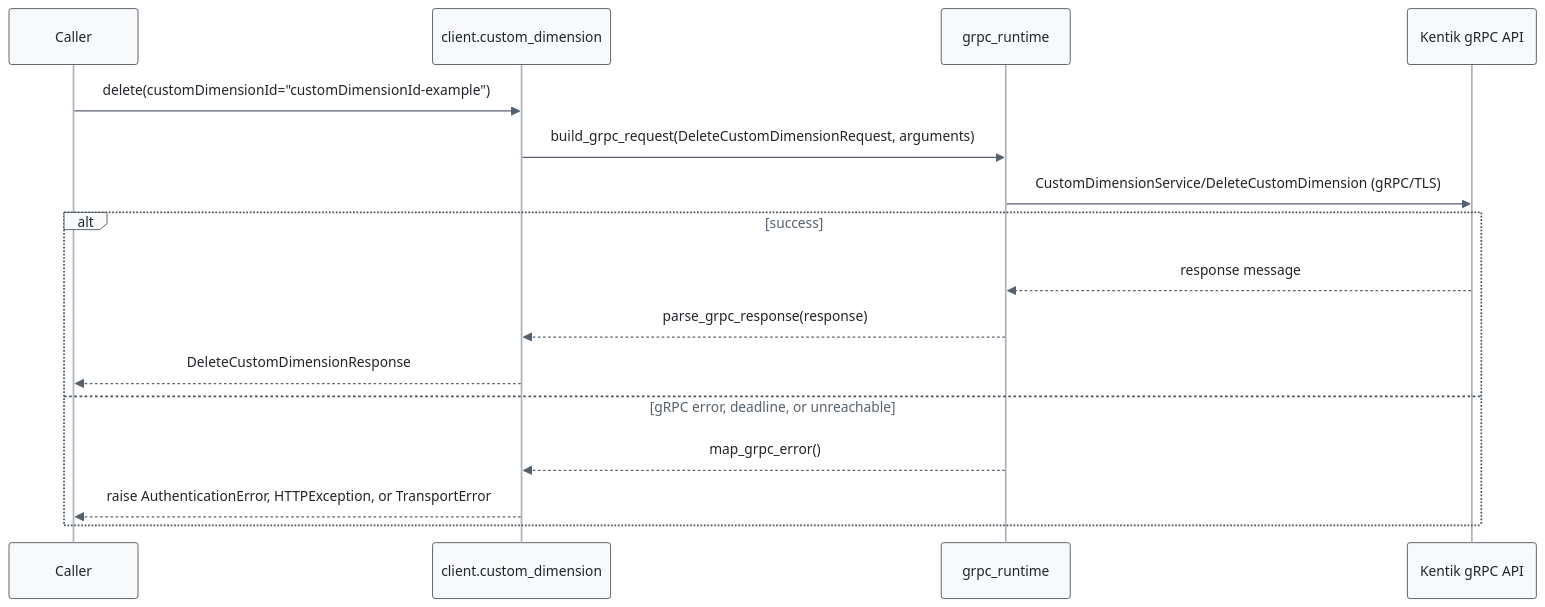
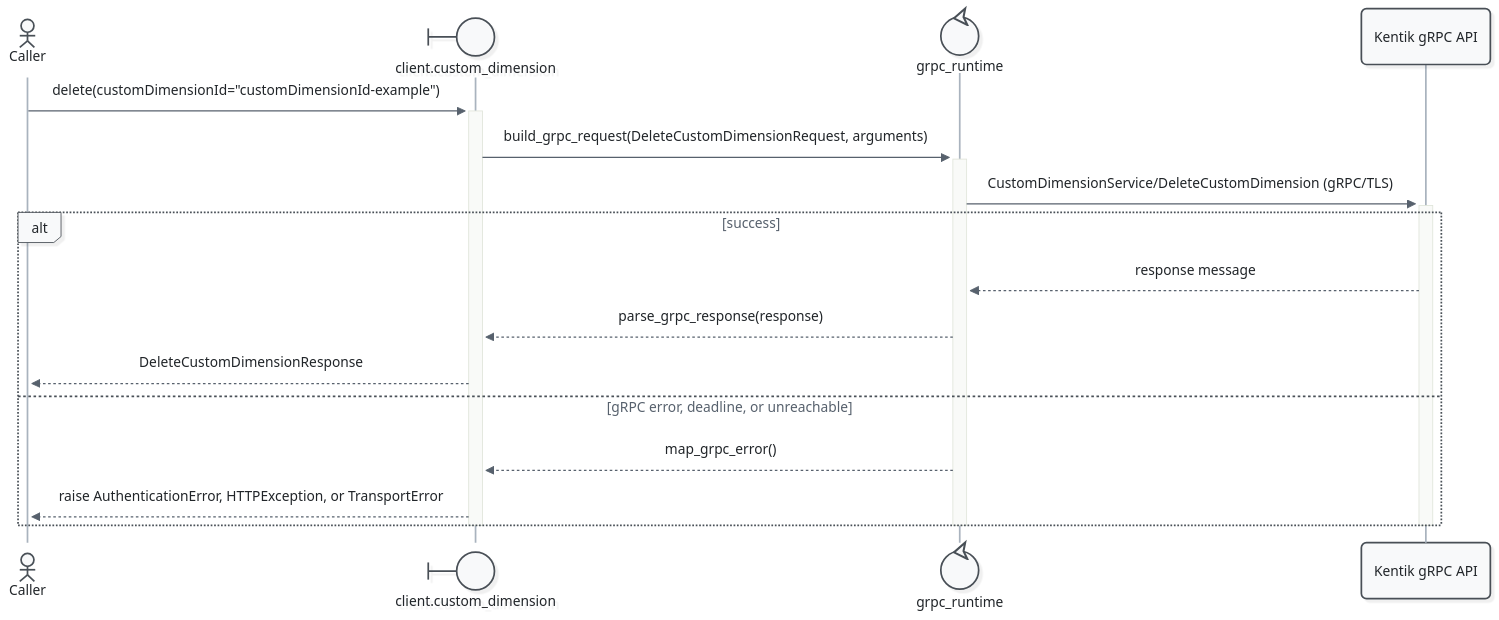
The eighth of 21 diagrams in docs/sphinx/services/custom_dimension.md (alexdearaujo/community_sdk_python), drawn with Mermaid before and after one commit. The commit also changed other lines of this file and 52 other files, not shown here.

First line of the commit message:
docs: Mermaid 12 sequence diagrams with participant types and path colors

````diff
--- a/docs/sphinx/services/custom_dimension.md
+++ b/docs/sphinx/services/custom_dimension.md
@@ -284,20 +301,23 @@
 ```mermaid
-%%{init: {"theme": "base", "fontFamily": "ui-monospace, SFMono-Regular, Menlo, monospace", "themeVariables": {"fontFamily": "ui-monospace, SFMono-Regular, Menlo, monospace", "primaryColor": "#f8f9fa", "primaryBorderColor": "#495057", "primaryTextColor": "#212529", "textColor": "#212529", "lineColor": "#77818c", "edgeLabelBackground": "#ffffff", "actorBkg": "#f8f9fa", "actorBorder": "#495057", "actorTextColor": "#212529", "actorLineColor": "#a9b3be", "signalColor": "#57616d", "signalTextColor": "#212529", "labelBoxBkgColor": "#f8f9fa", "labelBoxBorderColor": "#495057", "labelTextColor": "#212529", "loopTextColor": "#57616d", "noteBkgColor": "#fff9db", "noteBorderColor": "#f08c00", "noteTextColor": "#a35a00"}, "flowchart": {"curve": "step", "nodeSpacing": 30, "rankSpacing": 70, "wrappingWidth": 400}}}%%
+%%{init: {"theme": "redux", "look": "neo", "layout": "dagre", "fontFamily": "ui-monospace, SFMono-Regular, Menlo, monospace", "themeVariables": {"fontFamily": "ui-monospace, SFMono-Regular, Menlo, monospace", "primaryColor": "#f8f9fa", "primaryBorderColor": "#495057", "primaryTextColor": "#212529", "textColor": "#212529", "lineColor": "#77818c", "edgeLabelBackground": "#ffffff", "actorBkg": "#f8f9fa", "actorBorder": "#495057", "actorTextColor": "#212529", "actorLineColor": "#a9b3be", "signalColor": "#57616d", "signalTextColor": "#212529", "labelBoxBkgColor": "#f8f9fa", "labelBoxBorderColor": "#495057", "labelTextColor": "#212529", "loopTextColor": "#57616d", "noteBkgColor": "#fff9db", "noteBorderColor": "#f08c00", "noteTextColor": "#a35a00"}, "sequence": {"activationWidth": 16}, "flowchart": {"curve": "step", "nodeSpacing": 30, "rankSpacing": 70, "wrappingWidth": 400}}}%%
 sequenceDiagram
-    participant C as Caller
-    participant W as client.custom_dimension
-    participant R as grpc_runtime
+    actor C as Caller
+    participant W@{ "type": "boundary" } as client.custom_dimension
+    participant R@{ "type": "control" } as grpc_runtime
     participant API as Kentik gRPC API
 
-    C->>W: delete(customDimensionId="customDimensionId-example")
-    W->>R: build_grpc_request(DeleteCustomDimensionRequest, arguments)
-    R->>API: CustomDimensionService/DeleteCustomDimension (gRPC/TLS)
+    C->>+W: delete(customDimensionId="customDimensionId-example")
+    W->>+R: build_grpc_request(DeleteCustomDimensionRequest, arguments)
+    R->>+API: CustomDimensionService/DeleteCustomDimension (gRPC/TLS)
     alt success
         API-->>R: response message
         R-->>W: parse_grpc_response(response)
         W-->>C: DeleteCustomDimensionResponse
     else gRPC error, deadline, or unreachable
         R-->>W: map_grpc_error()
         W-->>C: raise AuthenticationError, HTTPException, or TransportError
     end
+    deactivate API
+    deactivate R
+    deactivate W
 ```
````
